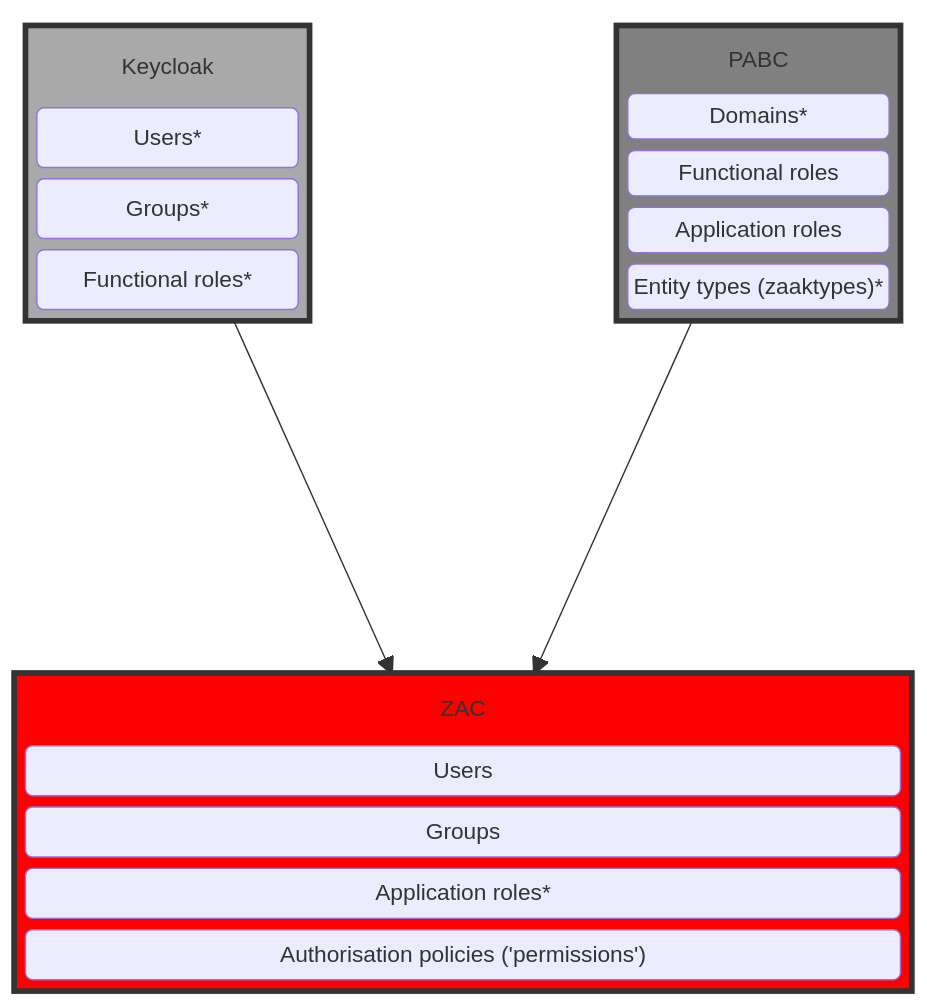
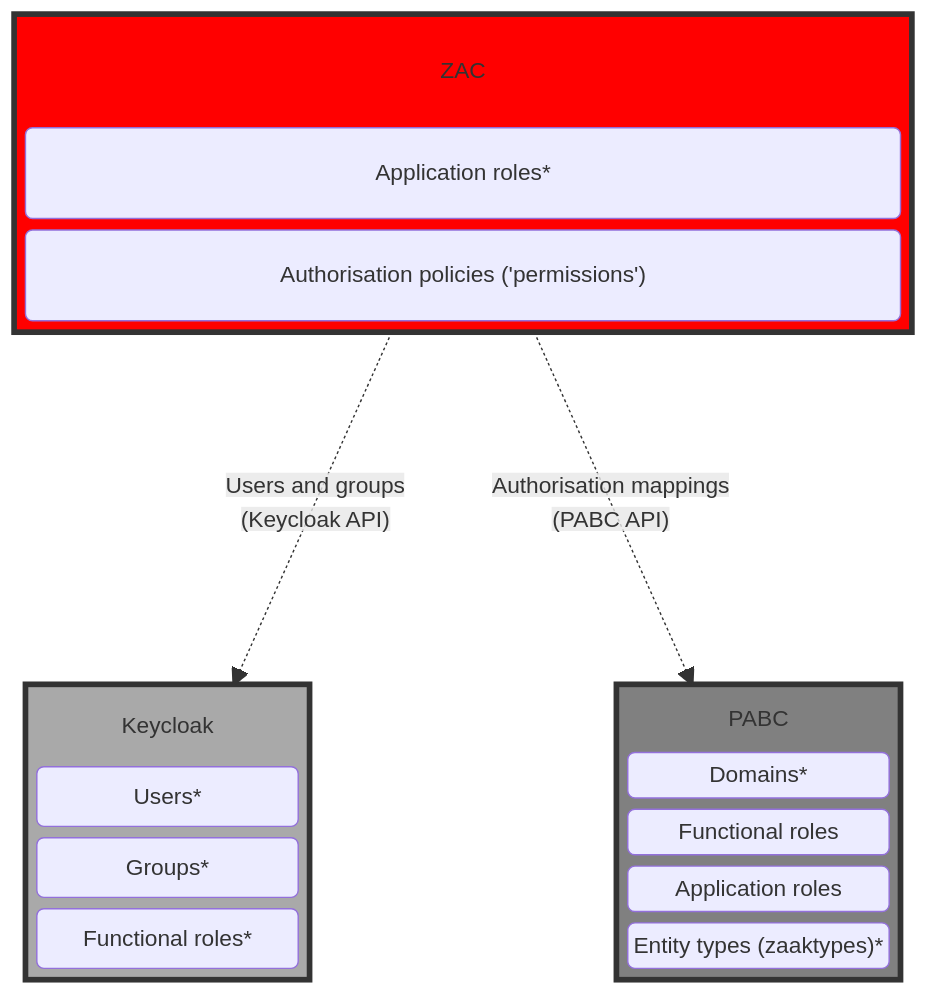
The third of 4 diagrams in docs/solution-architecture/iamArchitecture.md (infonl/dimpact-zaakafhandelcomponent), drawn with Mermaid before and after one commit. The commit also changed other lines of this file and 4 other files, not shown here.

Commit message:
chore: extended and updated various architecture docs

````diff
--- a/docs/solution-architecture/iamArchitecture.md
+++ b/docs/solution-architecture/iamArchitecture.md
@@ -131,46 +127,44 @@
 ```mermaid
 block-beta
     columns 1
+    block:ZAC
+        columns 1
+        zacBlockTitle("ZAC"):1
+        ApplicationRolesSource("Application roles*")
+        Policies("Authorisation policies ('permissions')")
+    end
+    space
     block:IAM
         block:Keycloak
             columns 1
             keycloakBlockTitle("Keycloak"):1
             UsersSource("Users*")
             GroupsSource("Groups*")
             FunctionalRolesSource("Functional roles*")
         end
         space
         block:PABC
             columns 1
             pabcBlockTitle("PABC"):1
             Domains("Domains*")
             FunctionalRoles("Functional roles")
             ApplicationRoles("Application roles")
             EntityTypes("Entity types (zaaktypes)*")
         end
     end
-    space
-    block:ZAC
-        columns 1
-        zacBlockTitle("ZAC"):1
-        Users("Users")
-        Groups("Groups")
-        ApplicationRolesSource("Application roles*")
-        Policies("Authorisation policies ('permissions')")
-    end
-    
-    Keycloak --> ZAC
-    PABC --> ZAC
+
+    ZAC -- "Users and groups \n(Keycloak API)" -.-> Keycloak
+    ZAC -- "Authorisation mappings \n(PABC API)" -.-> PABC
     
     %% workaround to make sure titles of sub-blocks are vertically aligned
     %% see: https://github.com/mermaid-js/mermaid/issues/5423
     class IAM BT
     class keycloakBlockTitle BT
     class zacBlockTitle BT
     class pabcBlockTitle BT
     classDef BT stroke:transparent,fill:transparent
 
     style Keycloak fill:darkgrey,stroke:#333,stroke-width:4px
     style ZAC fill:red,stroke:#333,stroke-width:4px
     style PABC fill:grey,stroke:#333,stroke-width:4px
 ```
````
